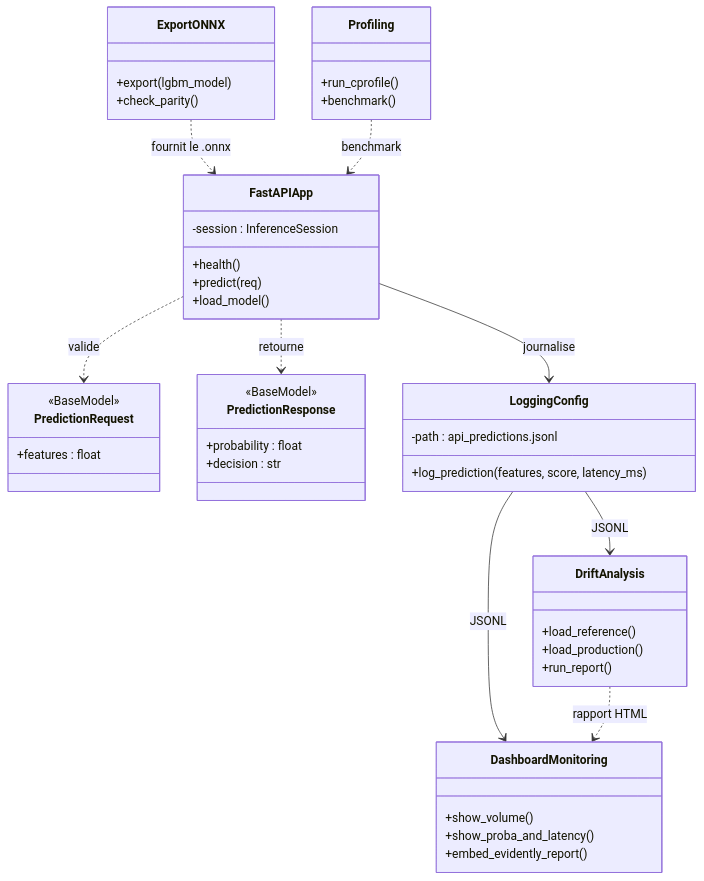
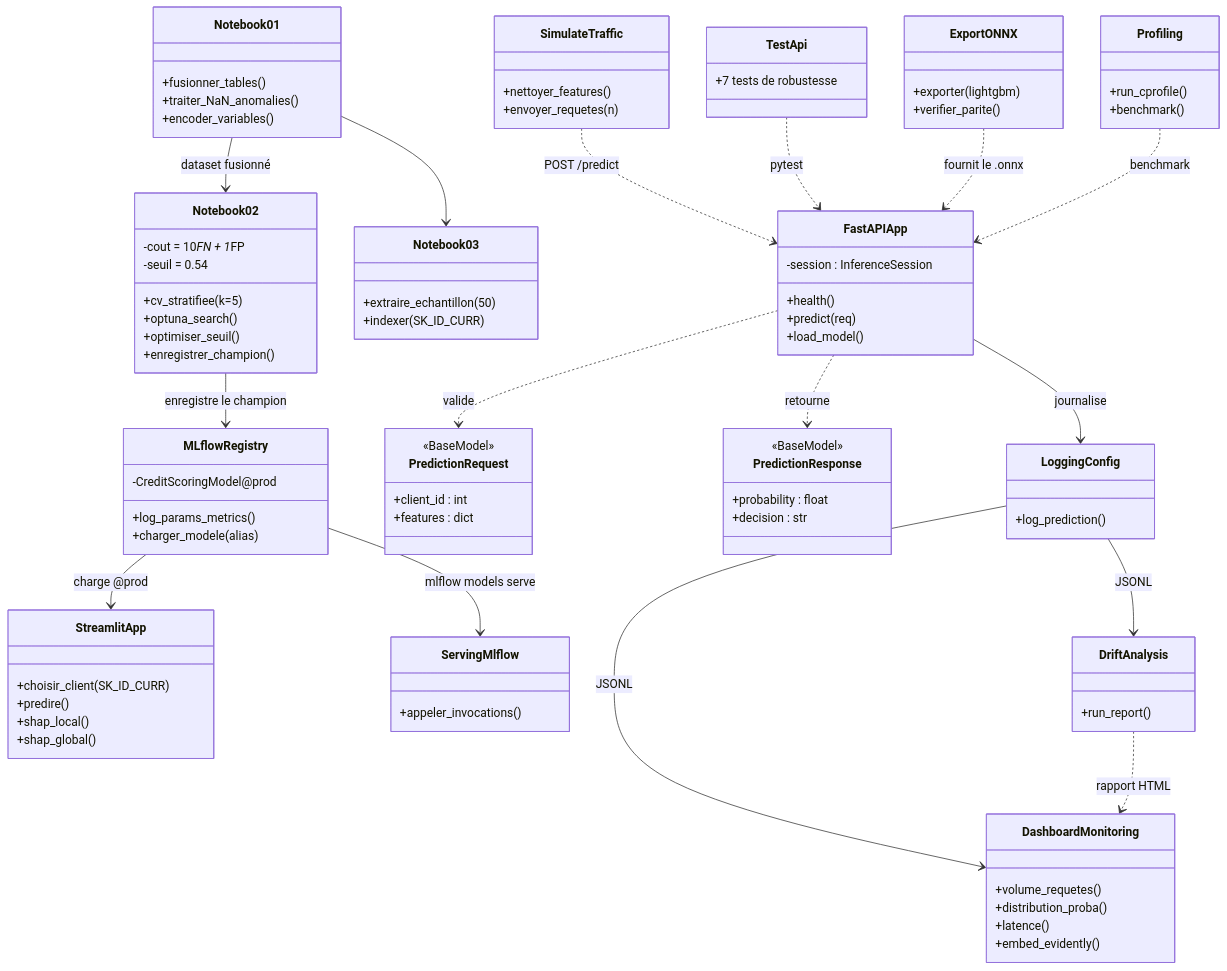
The second of 4 diagrams in README.md (Nerion-1337/5_MLOps_Part2), drawn with Mermaid before and after one commit. The commit also changed other lines of this file and 2 other files, not shown here.

````diff
--- a/README.md
+++ b/README.md
@@ -98,8 +151,47 @@
 ```mermaid
 classDiagram
+    class Notebook01 {
+        +fusionner_tables()
+        +traiter_NaN_anomalies()
+        +encoder_variables()
+    }
+    class Notebook02 {
+        -cout = 10*FN + 1*FP
+        -seuil = 0.54
+        +cv_stratifiee(k=5)
+        +optuna_search()
+        +optimiser_seuil()
+        +enregistrer_champion()
+    }
+    class Notebook03 {
+        +extraire_echantillon(50)
+        +indexer(SK_ID_CURR)
+    }
+    class MLflowRegistry {
+        -CreditScoringModel@prod
+        +log_params_metrics()
+        +charger_modele(alias)
+    }
+    class StreamlitApp {
+        +choisir_client(SK_ID_CURR)
+        +predire()
+        +shap_local()
+        +shap_global()
+    }
+    class ServingMlflow {
+        +appeler_invocations()
+    }
+    class SimulateTraffic {
+        +nettoyer_features()
+        +envoyer_requetes(n)
+    }
+    class TestApi {
+        +7 tests de robustesse
+    }
     class PredictionRequest {
         <<BaseModel>>
-        +features : float
+        +client_id : int
+        +features : dict
     }
     class PredictionResponse {
         <<BaseModel>>
@@ -113,33 +205,38 @@
         +load_model()
     }
     class LoggingConfig {
-        -path : api_predictions.jsonl
-        +log_prediction(features, score, latency_ms)
+        +log_prediction()
     }
     class ExportONNX {
-        +export(lgbm_model)
-        +check_parity()
+        +exporter(lightgbm)
+        +verifier_parite()
     }
     class Profiling {
         +run_cprofile()
         +benchmark()
     }
     class DriftAnalysis {
-        +load_reference()
-        +load_production()
         +run_report()
     }
     class DashboardMonitoring {
-        +show_volume()
-        +show_proba_and_latency()
-        +embed_evidently_report()
+        +volume_requetes()
+        +distribution_proba()
+        +latence()
+        +embed_evidently()
     }
 
+    Notebook01 --> Notebook02 : dataset fusionné
+    Notebook01 --> Notebook03
+    Notebook02 --> MLflowRegistry : enregistre le champion
+    MLflowRegistry --> StreamlitApp : charge @prod
+    MLflowRegistry --> ServingMlflow : mlflow models serve
+    SimulateTraffic ..> FastAPIApp : POST /predict
+    TestApi ..> FastAPIApp : pytest
+    ExportONNX ..> FastAPIApp : fournit le .onnx
+    Profiling ..> FastAPIApp : benchmark
     FastAPIApp ..> PredictionRequest : valide
     FastAPIApp ..> PredictionResponse : retourne
     FastAPIApp --> LoggingConfig : journalise
-    ExportONNX ..> FastAPIApp : fournit le .onnx
-    Profiling ..> FastAPIApp : benchmark
     LoggingConfig --> DriftAnalysis : JSONL
     LoggingConfig --> DashboardMonitoring : JSONL
     DriftAnalysis ..> DashboardMonitoring : rapport HTML
````
